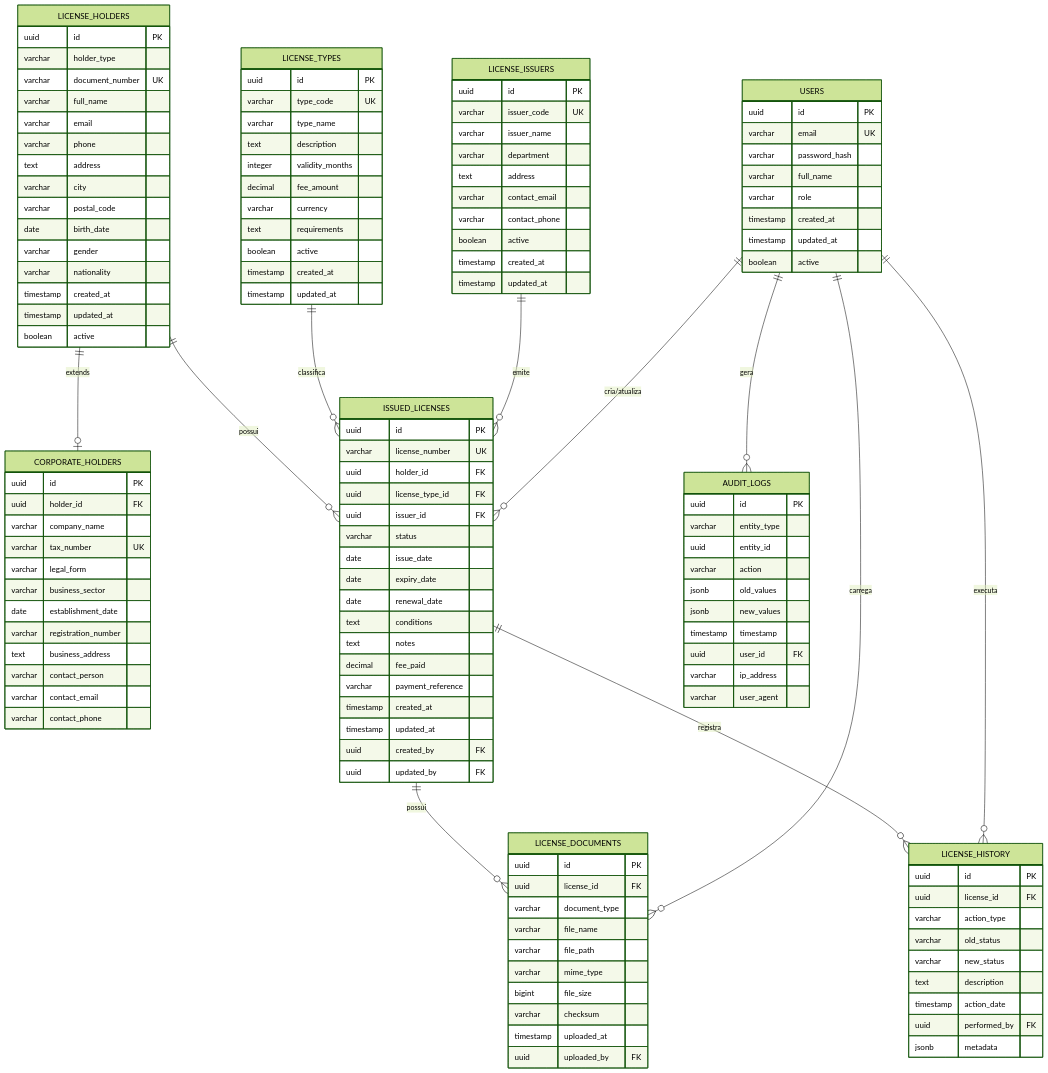
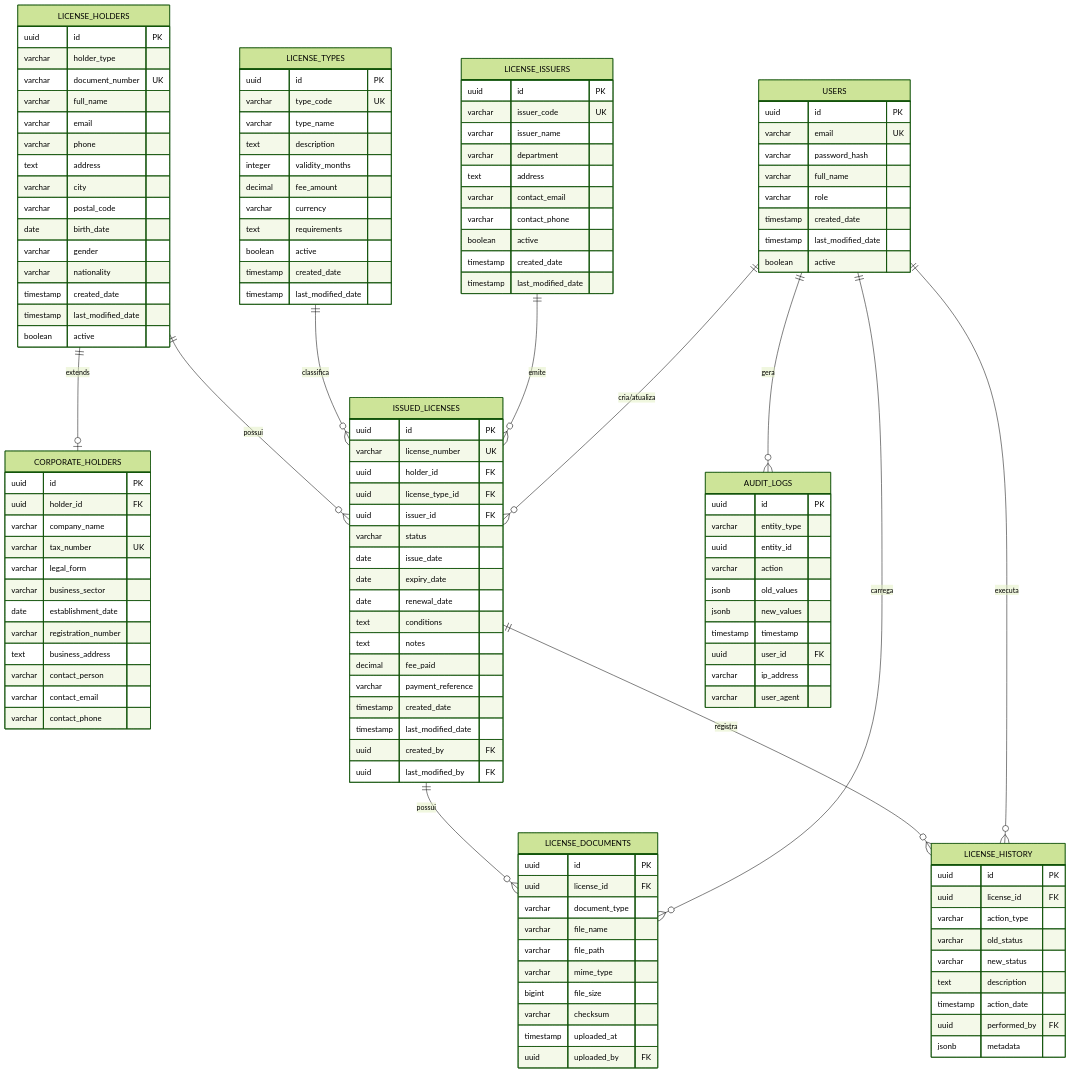
Before and after one commit to TA-Digital-CV/licenciamento-backend: the fourth of 10 diagrams in .trae/documents/TECH-LIC-Arquitetura-Gestao-Licencas-Emitidas.md, drawn with Mermaid (forest theme). The commit also changed other lines of this file and 16 other files, not shown here.

First line of the commit message:
refactor(database): standardize timestamp column names to created_date and last_modified_date

```diff
--- a/.trae/documents/TECH-LIC-Arquitetura-Gestao-Licencas-Emitidas.md
+++ b/.trae/documents/TECH-LIC-Arquitetura-Gestao-Licencas-Emitidas.md
@@ -4082,8 +4082,8 @@
         varchar password_hash
         varchar full_name
         varchar role
-        timestamp created_at
-        timestamp updated_at
+        timestamp created_date
+        timestamp last_modified_date
         boolean active
     }
 
@@ -4100,8 +4100,8 @@
         date birth_date
         varchar gender
         varchar nationality
-        timestamp created_at
-        timestamp updated_at
+        timestamp created_date
+        timestamp last_modified_date
         boolean active
     }
 
@@ -4129,8 +4129,8 @@
         varchar contact_email
         varchar contact_phone
         boolean active
-        timestamp created_at
-        timestamp updated_at
+        timestamp created_date
+        timestamp last_modified_date
     }
 
     LICENSE_TYPES {
@@ -4143,8 +4143,8 @@
         varchar currency
         text requirements
         boolean active
-        timestamp created_at
-        timestamp updated_at
+        timestamp created_date
+        timestamp last_modified_date
     }
 
     ISSUED_LICENSES {
@@ -4161,10 +4161,10 @@
         text notes
         decimal fee_paid
         varchar payment_reference
-        timestamp created_at
-        timestamp updated_at
+        timestamp created_date
+        timestamp last_modified_date
         uuid created_by FK
-        uuid updated_by FK
+        uuid last_modified_by FK
     }
 
     LICENSE_DOCUMENTS {
```
